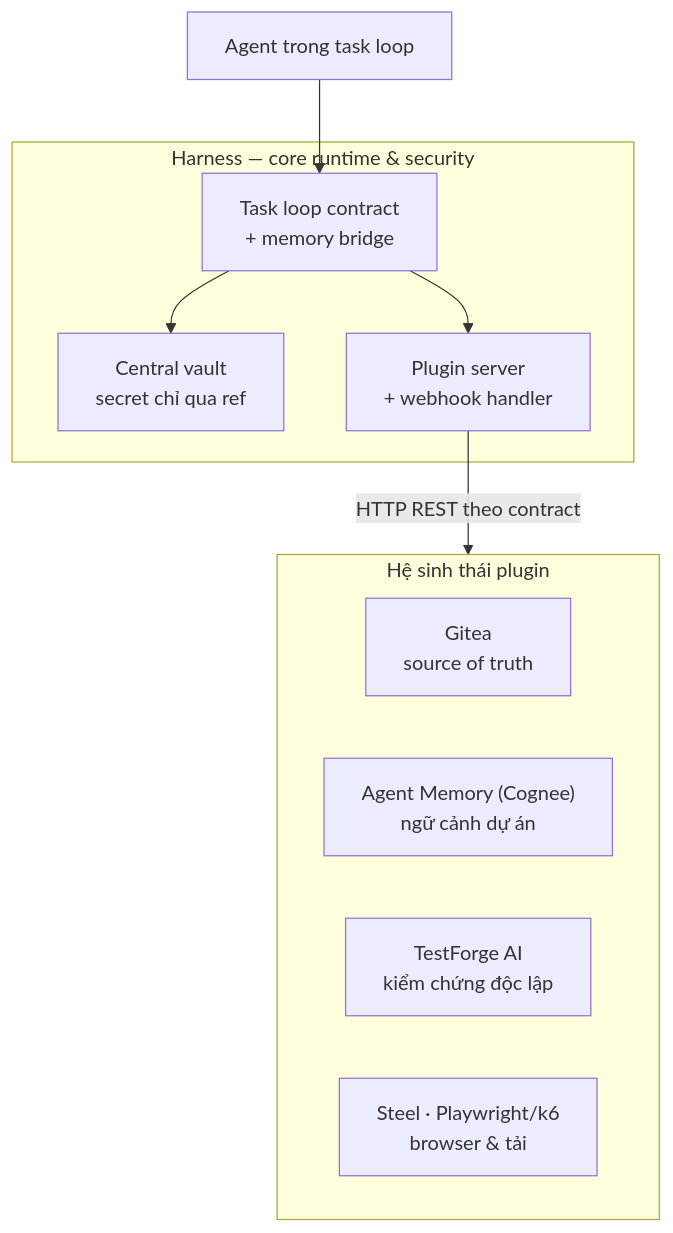
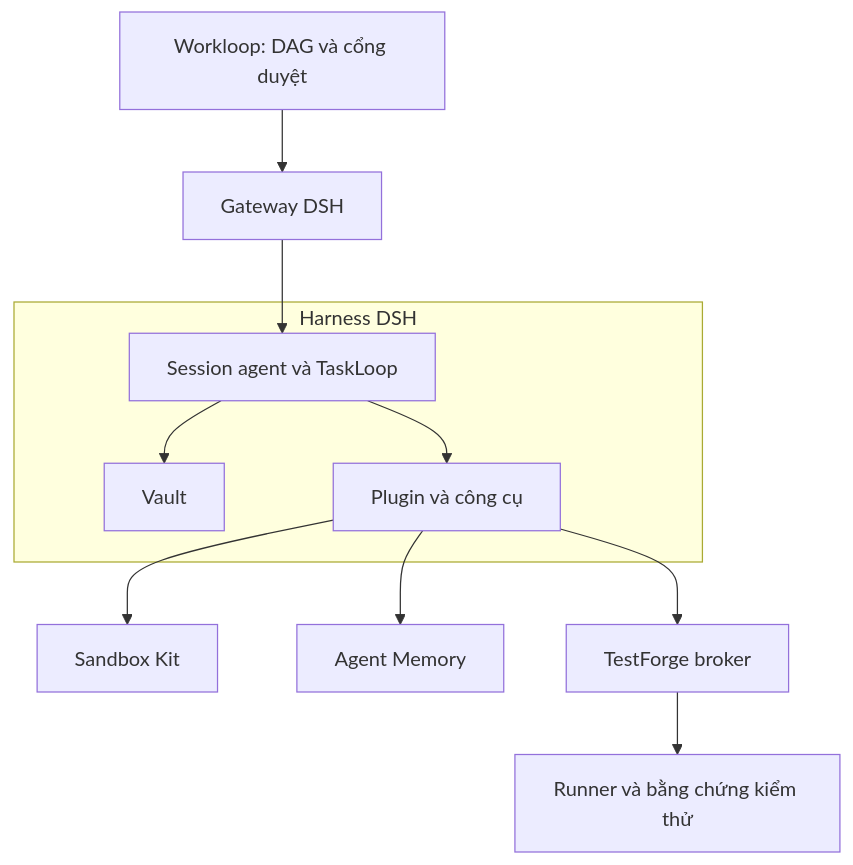
One commit to aspiringcoder6/vanguard-factory changed the diagram in docs/02-architecture/tang-3-harness/tong-quan-harness.mdx. Above: the diagram before and after it, drawn with Mermaid. The commit also changed other lines of this file and 17 other files, not shown here.

Commit message:
Add harness documents and instructions, combining TestForge

````diff
--- a/docs/02-architecture/tang-3-harness/tong-quan-harness.mdx
+++ b/docs/02-architecture/tang-3-harness/tong-quan-harness.mdx
@@ -9,19 +13,13 @@
 ```mermaid
 flowchart TB
-    A["Agent trong task loop"] --> TL
-    subgraph H["Harness — core runtime & security"]
-        TL["Task loop contract<br/>+ memory bridge"]
-        VA["Central vault<br/>secret chỉ qua ref"]
-        PL["Plugin server<br/>+ webhook handler"]
+    W["Workloop: DAG và cổng duyệt"] --> G["Gateway DSH"]
+    G --> S["Session agent và TaskLoop"]
+    subgraph H["Harness DSH"]
+        S --> V["Vault"]
+        S --> P["Plugin và công cụ"]
     end
-    TL --> VA
-    TL --> PL
-    PL -->|"HTTP REST theo contract"| P
-    subgraph P["Hệ sinh thái plugin"]
-        direction LR
-        G["Gitea<br/>source of truth"]
-        M["Agent Memory (Cognee)<br/>ngữ cảnh dự án"]
-        T["TestForge AI<br/>kiểm chứng độc lập"]
-        B["Steel · Playwright/k6<br/>browser & tải"]
-    end
+    P --> B["Sandbox Kit"]
+    P --> M["Agent Memory"]
+    P --> T["TestForge broker"]
+    T --> E["Runner và bằng chứng kiểm thử"]
 ```
````
